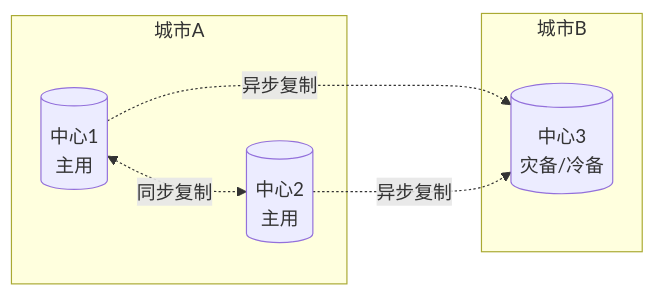
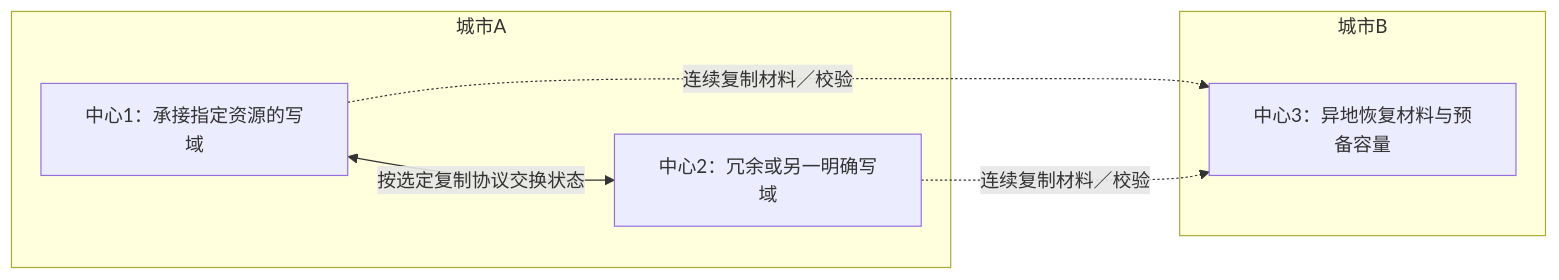
Before and after one commit to fantuan812/learning: the sixth of 7 diagrams in 知识/07-网络与游戏服务端/持久化与分布式一致性/03-分布式与高可用.md, drawn with Mermaid. The commit also changed other lines of this file and 1 other file, not shown here.

````diff
--- a/知识/07-网络与游戏服务端/持久化与分布式一致性/03-分布式与高可用.md
+++ b/知识/07-网络与游戏服务端/持久化与分布式一致性/03-分布式与高可用.md
@@ -248,13 +209,13 @@
 ```mermaid
 flowchart LR
     subgraph 城市A
-        Z1[(中心1<br/>主用)]
-        Z2[(中心2<br/>主用)]
+        Z1[中心1：承接指定资源的写域]
+        Z2[中心2：冗余或另一明确写域]
     end
     subgraph 城市B
-        Z3[(中心3<br/>灾备/冷备)]
+        Z3[中心3：异地恢复材料与预备容量]
     end
-    Z1 <-.同步复制.-> Z2
-    Z1 -.异步复制.-> Z3
-    Z2 -.异步复制.-> Z3
+    Z1 <-->|按选定复制协议交换状态| Z2
+    Z1 -.连续复制材料／校验.-> Z3
+    Z2 -.连续复制材料／校验.-> Z3
 ```
````
